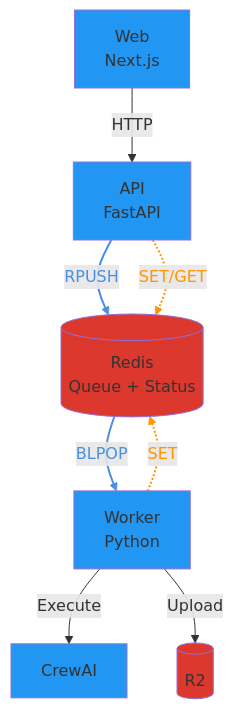
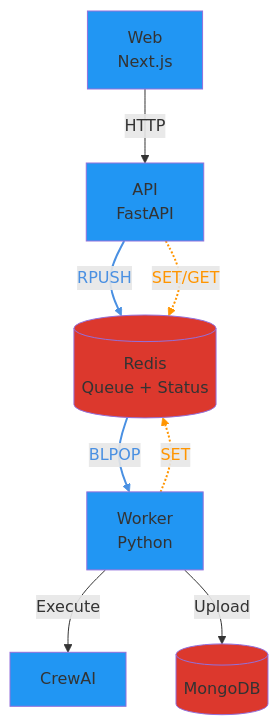
Before and after one commit to seung-gu/opad: the first of 2 diagrams in ARCHITECTURE.md, drawn with Mermaid. The commit also changed 6 other files, not shown here.

````diff
--- a/ARCHITECTURE.md
+++ b/ARCHITECTURE.md
@@ -46,23 +46,23 @@
 ```mermaid
 graph TB
     Web[Web<br/>Next.js] -->|HTTP| API[API<br/>FastAPI]
     API -->|RPUSH| Redis[(Redis<br/>Queue + Status)]
     Redis -->|BLPOP| Worker[Worker<br/>Python]
     Worker -->|Execute| CrewAI[CrewAI]
-    Worker -->|Upload| R2[(R2)]
+    Worker -->|Upload| R2[(MongoDB)]
     
     API -.->|SET/GET| Redis
     Worker -.->|SET| Redis
     
     style Web fill:#2196F3
     style API fill:#2196F3
     style Worker fill:#2196F3
     style CrewAI fill:#2196F3
     style Redis fill:#dc382d
     style R2 fill:#dc382d
     
     linkStyle 1 stroke:#4a90e2,stroke-width:2px,color:#4a90e2
     linkStyle 2 stroke:#4a90e2,stroke-width:2px,color:#4a90e2
     linkStyle 5 stroke:#ff9500,stroke-width:2px,color:#ff9500
     linkStyle 6 stroke:#ff9500,stroke-width:2px,color:#ff9500
 ```
````
